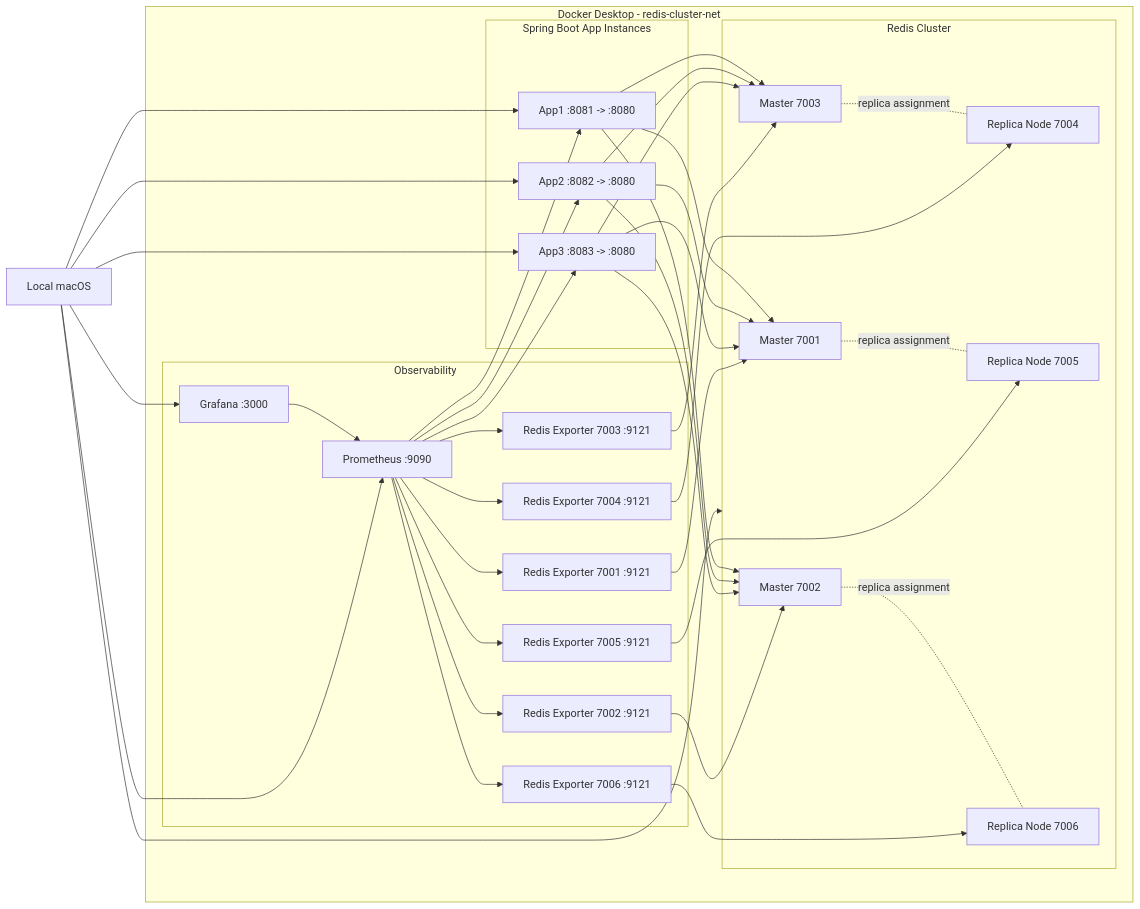
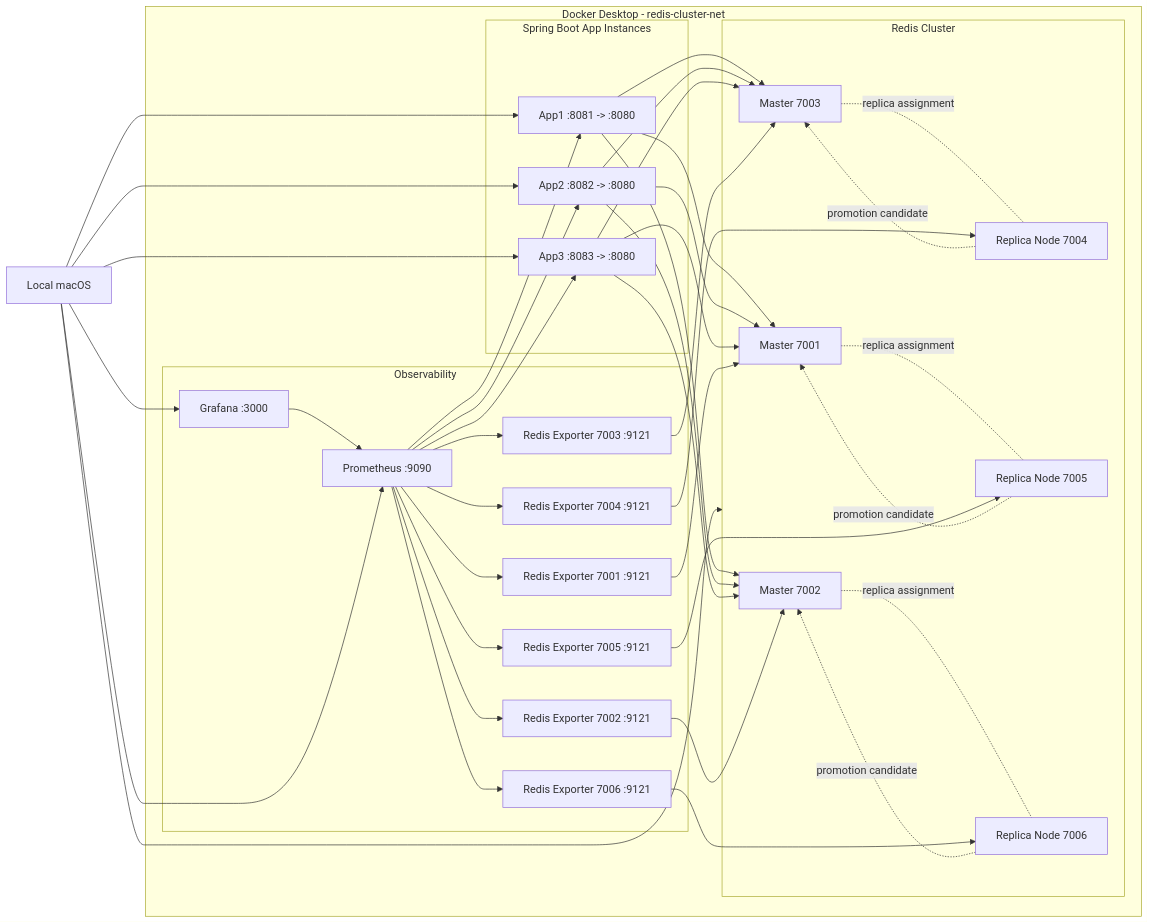
Before and after one commit to bbangssi91/redis-cluster-lab: the diagram in docs/architecture.md, drawn with Mermaid. The commit also changed other lines of this file and 26 other files, not shown here.

````diff
--- a/docs/architecture.md
+++ b/docs/architecture.md
@@ -5,70 +5,74 @@
 ```mermaid
 flowchart LR
     subgraph Docker["Docker Desktop - redis-cluster-net"]
         subgraph Apps["Spring Boot App Instances"]
             App1["App1 :8081 -> :8080"]
             App2["App2 :8082 -> :8080"]
             App3["App3 :8083 -> :8080"]
         end
 
         subgraph Redis["Redis Cluster"]
             M1["Master 7001"]
             M2["Master 7002"]
             M3["Master 7003"]
             R4["Replica Node 7004"]
             R5["Replica Node 7005"]
             R6["Replica Node 7006"]
         end
 
         subgraph Observability["Observability"]
             E1["Redis Exporter 7001 :9121"]
             E2["Redis Exporter 7002 :9121"]
             E3["Redis Exporter 7003 :9121"]
             E4["Redis Exporter 7004 :9121"]
             E5["Redis Exporter 7005 :9121"]
             E6["Redis Exporter 7006 :9121"]
             Prom["Prometheus :9090"]
             Grafana["Grafana :3000"]
         end
 
         App1 --> M1
         App1 --> M2
         App1 --> M3
         App2 --> M1
         App2 --> M2
         App2 --> M3
         App3 --> M1
         App3 --> M2
         App3 --> M3
 
         M1 -. replica assignment .- R5
         M2 -. replica assignment .- R6
         M3 -. replica assignment .- R4
 
+        R5 -. promotion candidate .-> M1
+        R6 -. promotion candidate .-> M2
+        R4 -. promotion candidate .-> M3
+
         E1 --> M1
         E2 --> M2
         E3 --> M3
         E4 --> R4
         E5 --> R5
         E6 --> R6
 
         Prom --> E1
         Prom --> E2
         Prom --> E3
         Prom --> E4
         Prom --> E5
         Prom --> E6
         Prom --> App1
         Prom --> App2
         Prom --> App3
 
         Grafana --> Prom
     end
 
     User["Local macOS"] --> App1
     User --> App2
     User --> App3
     User --> Redis
     User --> Prom
     User --> Grafana
 ```
````
